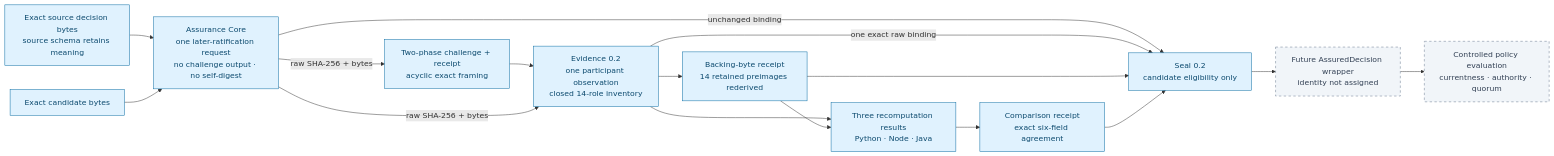
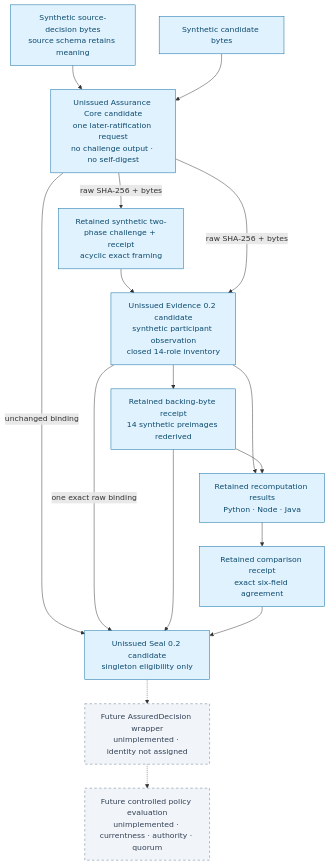
One commit to manfromnowhere143/odeya changed the first of 2 diagrams in docs/HUMAN_DECISION_ASSURANCE.md. Above: the diagram before and after it, drawn with Mermaid. The commit also changed other lines of this file and 84 other files, not shown here.

First line of the commit message:
architecture: construct odeya-jcs-0.3 candidate

````diff
--- a/docs/HUMAN_DECISION_ASSURANCE.md
+++ b/docs/HUMAN_DECISION_ASSURANCE.md
@@ -47,34 +48,35 @@
 ```mermaid
-flowchart LR
-    D["Exact source decision bytes<br/>source schema retains meaning"]
-    M["Exact candidate bytes"]
-    C["Assurance Core<br/>one later-ratification request<br/>no challenge output · no self-digest"]
-    H["Two-phase challenge + receipt<br/>acyclic exact framing"]
-    E["Evidence 0.2<br/>one participant observation<br/>closed 14-role inventory"]
-    B["Backing-byte receipt<br/>14 retained preimages rederived"]
-    R["Three recomputation results<br/>Python · Node · Java"]
-    X["Comparison receipt<br/>exact six-field agreement"]
-    S["Seal 0.2<br/>candidate eligibility only"]
-    W["Future AssuredDecision wrapper<br/>identity not assigned"]
-    P["Controlled policy evaluation<br/>currentness · authority · quorum"]
+flowchart TB
+    D["Synthetic source-decision bytes<br/>source schema retains meaning"]
+    M["Synthetic candidate bytes"]
+    C["Unissued Assurance Core candidate<br/>one later-ratification request<br/>no challenge output · no self-digest"]
+    H["Retained synthetic two-phase challenge + receipt<br/>acyclic exact framing"]
+    E["Unissued Evidence 0.2 candidate<br/>synthetic participant observation<br/>closed 14-role inventory"]
+    B["Retained backing-byte receipt<br/>14 synthetic preimages rederived"]
+    R["Retained recomputation results<br/>Python · Node · Java"]
+    X["Retained comparison receipt<br/>exact six-field agreement"]
+    S["Unissued Seal 0.2 candidate<br/>singleton eligibility only"]
+    W["Future AssuredDecision wrapper<br/>unimplemented · identity not assigned"]
+    P["Future controlled policy evaluation<br/>unimplemented · currentness · authority · quorum"]
 
     D --> C
     M --> C
     C -->|raw SHA-256 + bytes| H
     H --> E
     C -->|raw SHA-256 + bytes| E
     E --> B
     E --> R
     B --> R
     R --> X
     C -->|unchanged binding| S
     E -->|one exact raw binding| S
     B --> S
     X --> S
-    S --> W --> P
+    S -.-> W
+    W -.-> P
 
-    classDef current fill:#E0F2FE,stroke:#0369A1,color:#0C4A6E
+    classDef retainedCandidate fill:#E0F2FE,stroke:#0369A1,color:#0C4A6E
     classDef later fill:#F1F5F9,stroke:#64748B,color:#334155,stroke-dasharray: 5 5
-    class D,M,C,H,E,B,R,X,S current
+    class D,M,C,H,E,B,R,X,S retainedCandidate
     class W,P later
 ```
````
